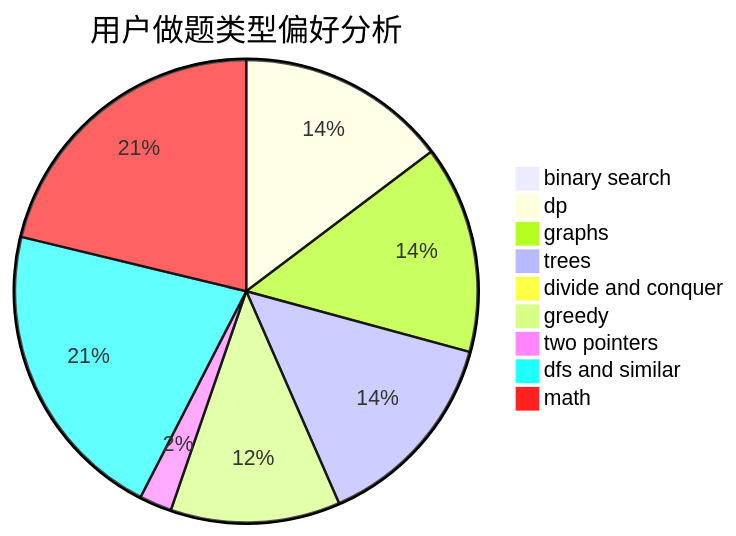
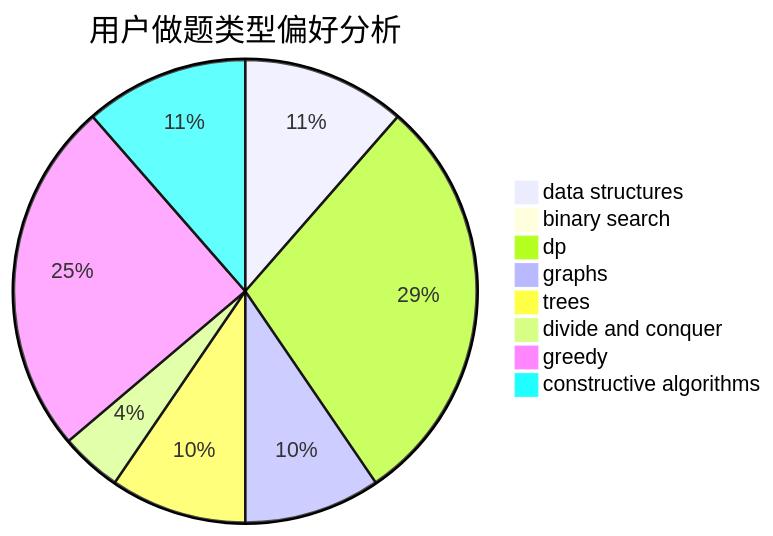
The second of 3 diagrams in docs/user/u941.md (sherpahu/cfrs.github.io), drawn with Mermaid before and after one commit. The commit also changed other lines of this file and 2775 other files, not shown here.

````diff
--- a/docs/user/u941.md
+++ b/docs/user/u941.md
@@ -23,12 +23,11 @@
 ```mermaid
 pie title 用户做题类型偏好分析
-    "binary search" :  6
-    "dp" :  149
-    "graphs" :  147
-    "trees" :  144
+    "data structures" :  24
+    "binary search" :  0
+    "dp" :  61
+    "graphs" :  20
+    "trees" :  20
     "divide and conquer" :  9
-    "greedy" :  120
-    "two pointers" :  23
-    "dfs and similar" :  215
-    "math" :  215
+    "greedy" :  52
+    "constructive algorithms" :  24
 ```
````
